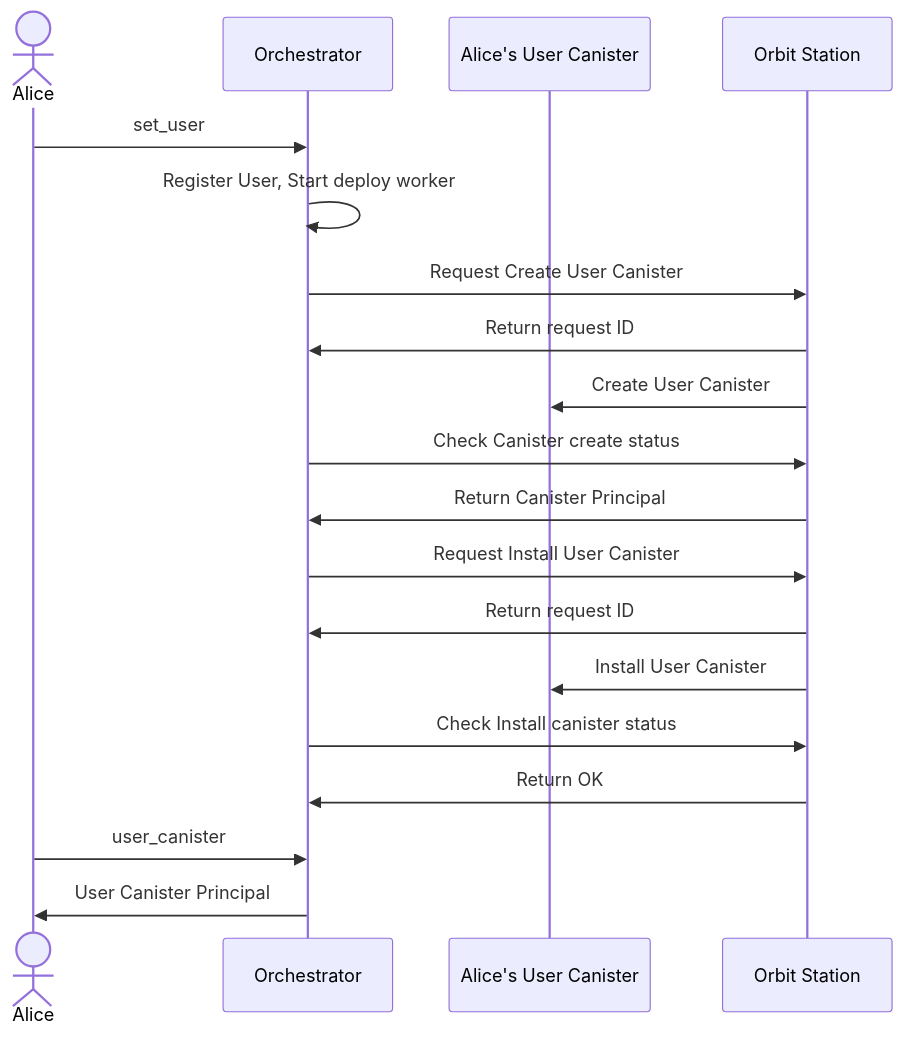
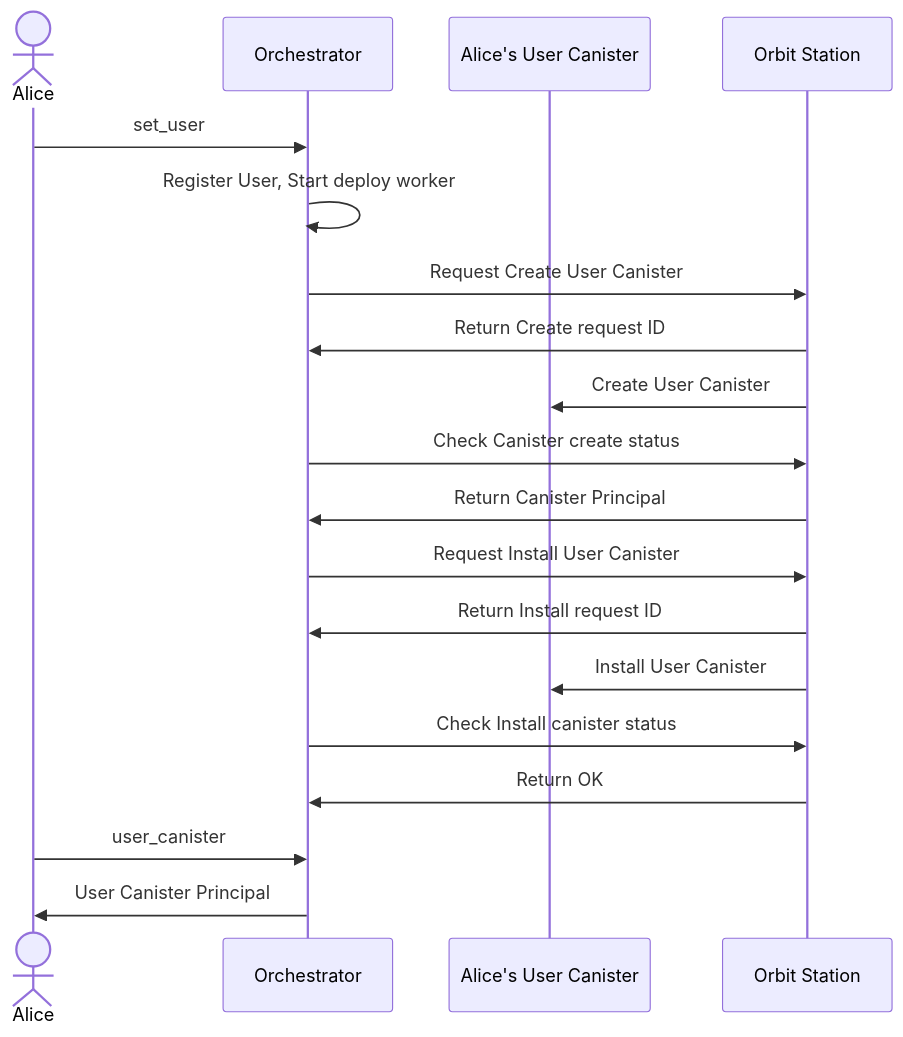
Before and after one commit to icp-hub-it/ic-docutrack: the first of 6 diagrams in docs/flows.md, drawn with Mermaid.

Commit message:
docs: missing steps for creating canister

````diff
--- a/docs/flows.md
+++ b/docs/flows.md
@@ -5,22 +5,22 @@
 ```mermaid
 sequenceDiagram
     actor U as Alice
     participant O as Orchestrator
     participant UC as Alice's User Canister
     participant OS as Orbit Station
     U->>O: set_user
     O->>O: Register User, Start deploy worker
     O->>OS: Request Create User Canister
-    OS->>O: Return request ID
+    OS->>O: Return Create request ID
     OS->>UC: Create User Canister
     O->>OS: Check Canister create status
     OS->>O: Return Canister Principal
     O->>OS: Request Install User Canister
-    OS->>O: Return request ID
+    OS->>O: Return Install request ID
     OS->>UC: Install User Canister
     O->>OS: Check Install canister status
     OS->>O: Return OK
     U->>O: user_canister
     O->>U: User Canister Principal
 
 ```
````
